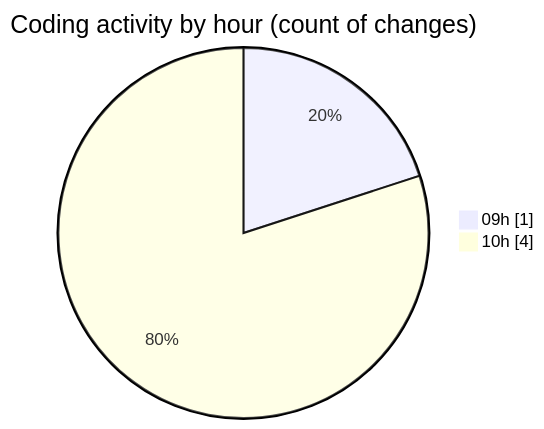
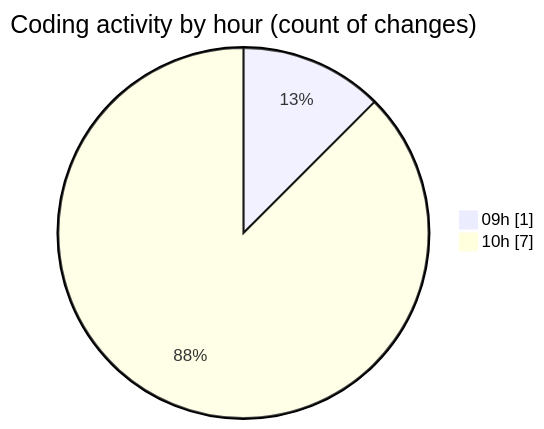
Before and after one commit to Elitesun/code-tracking: the second of 2 diagrams in 2025-02-12/elitegpt/README.md, drawn with Mermaid. The commit also changed other lines of this file and 1 other file, not shown here.

````diff
--- a/2025-02-12/elitegpt/README.md
+++ b/2025-02-12/elitegpt/README.md
@@ -32,6 +34,6 @@
 ```mermaid
 pie showData
 title Coding activity by hour (count of changes)
 "09h" : 1
-"10h" : 4
+"10h" : 7
 ```
````
